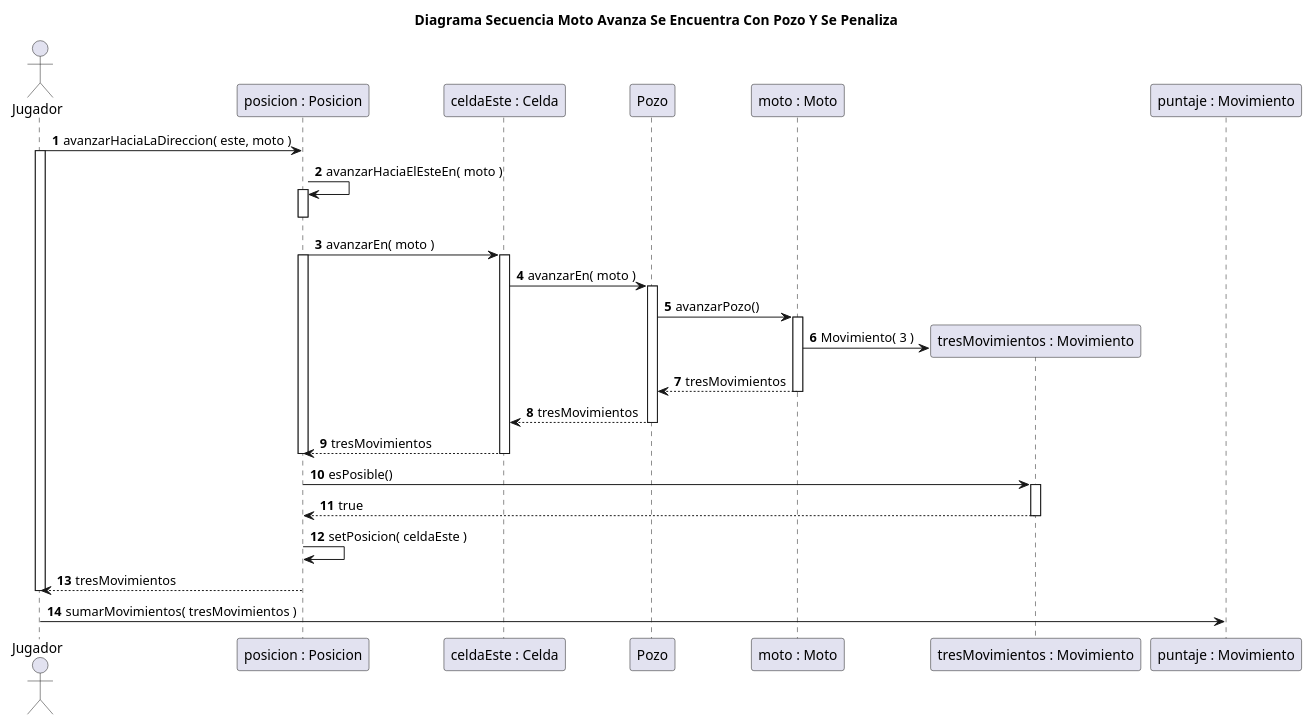
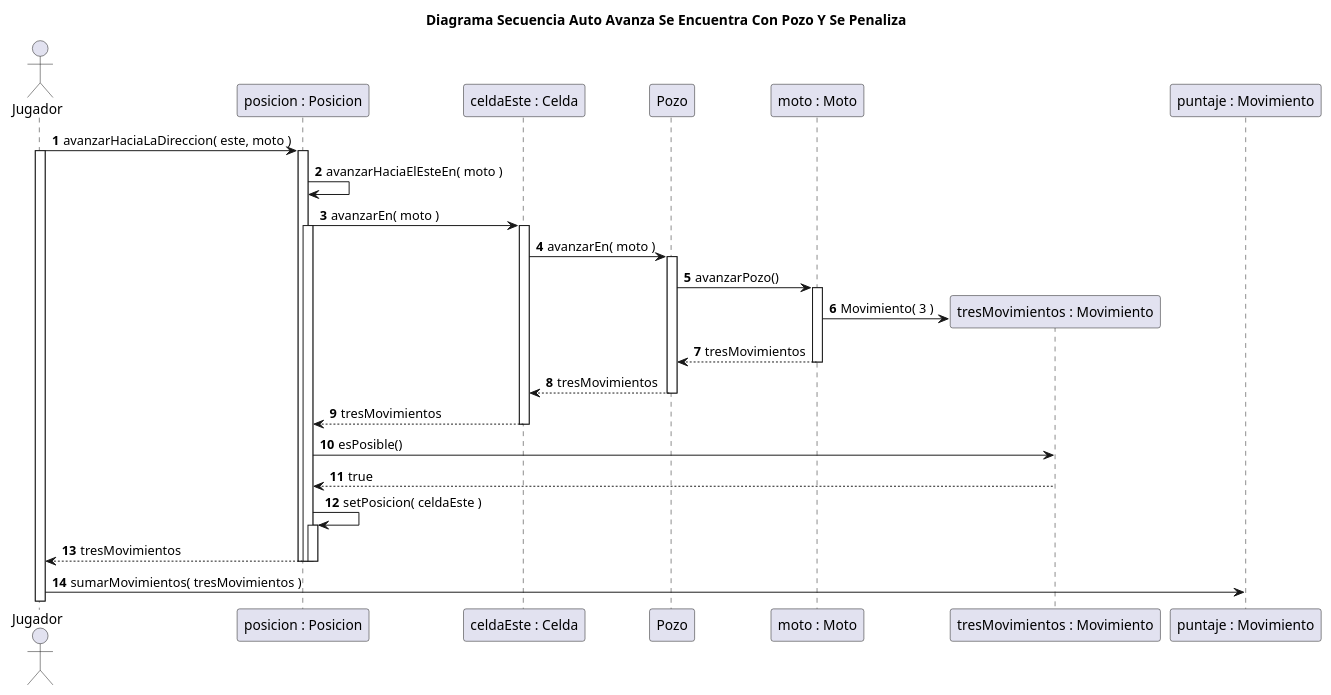
One commit to rodrigovzq/algo3_tp2 changed the diagram in diagrams/borradores/DiagramaSecuenciaCasoConPozoEnAuto.puml. Above: the diagram before and after it, drawn with PlantUML. The commit also changed 4 other files, not shown here.

Commit message:
Diagramas actualizados

```diff
--- a/diagrams/borradores/DiagramaSecuenciaCasoConPozoEnAuto.puml
+++ b/diagrams/borradores/DiagramaSecuenciaCasoConPozoEnAuto.puml
@@ -1,44 +1,45 @@
 @startuml
-title Diagrama Secuencia Moto Avanza Se Encuentra Con Pozo Y Se Penaliza
+title Diagrama Secuencia Auto Avanza Se Encuentra Con Pozo Y Se Penaliza
 
 autonumber
 
 actor Jugador
 
-Jugador -> "posicion : Posicion": avanzarHaciaLaDireccion( este, moto )
+Jugador -> "posicion : Posicion"++: avanzarHaciaLaDireccion( este, moto )
 
 activate Jugador
-"posicion : Posicion" -> "posicion : Posicion"++: avanzarHaciaElEsteEn( moto )
+"posicion : Posicion" -> "posicion : Posicion": avanzarHaciaElEsteEn( moto )
 
-deactivate "posicion : Posicion"
 "posicion : Posicion" -> "celdaEste : Celda"++: avanzarEn( moto )
 
 activate "posicion : Posicion"
 "celdaEste : Celda" -> Pozo++: avanzarEn( moto )
 Pozo -> "moto : Moto"++: avanzarPozo()
 create "tresMovimientos : Movimiento"
 "moto : Moto" -> "tresMovimientos : Movimiento": Movimiento( 3 )
 "moto : Moto" --> Pozo: tresMovimientos
 deactivate "moto : Moto"
 Pozo --> "celdaEste : Celda": tresMovimientos
 deactivate Pozo
 "celdaEste : Celda" --> "posicion : Posicion": tresMovimientos
 deactivate "celdaEste : Celda"
-deactivate "posicion : Posicion"
 
 'Viola el TellDontAsk, pero no es la solucion final.
 'Es para chequear que el movimiento es posible, por ejemplo,
 'cuando queres pasar por un piquete con un auto. No debemos actualizar
 'la posicion, ya que no podemos avanzar.
 
-"tresMovimientos : Movimiento" <- "posicion : Posicion"++: esPosible()
+' Además planteado así, deberíamos hacerlo en cada metodo de avanzar
+'porque necesitamos saber que celda es nuestra proxima posicion.
+"tresMovimientos : Movimiento" <- "posicion : Posicion": esPosible()
 "tresMovimientos : Movimiento" --> "posicion : Posicion": true
 deactivate "tresMovimientos : Movimiento"
-"posicion : Posicion" -> "posicion : Posicion": setPosicion( celdaEste )
 
-"posicion : Posicion" --> Jugador: tresMovimientos
+"posicion : Posicion" -> "posicion : Posicion"++: setPosicion( celdaEste )
 
-deactivate Jugador
+"posicion : Posicion" --> Jugador--: tresMovimientos
+deactivate "posicion : Posicion"
+deactivate "posicion : Posicion"
 Jugador -> "puntaje : Movimiento": sumarMovimientos( tresMovimientos )
 
 @enduml
```
